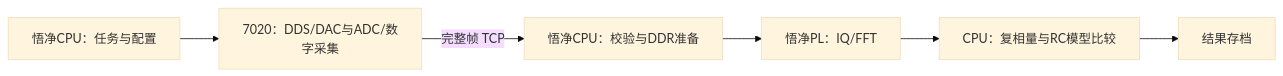
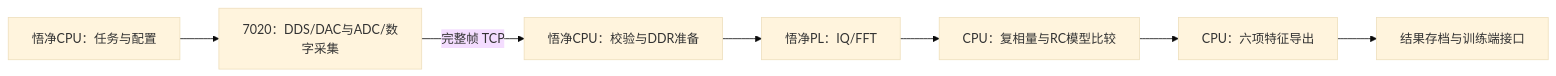
Before and after one commit to qqq164/zhixin-wenzhen: the diagram in README.md, drawn with Mermaid (base theme). The commit also changed other lines of this file and 72 other files, not shown here.

````diff
--- a/README.md
+++ b/README.md
@@ -32,8 +40,9 @@
 ```mermaid
 flowchart LR
     A[悟净CPU：任务与配置] --> B[7020：DDS/DAC与ADC/数字采集]
     B -->|完整帧 TCP| C[悟净CPU：校验与DDR准备]
     C --> D[悟净PL：IQ/FFT]
     D --> E[CPU：复相量与RC模型比较]
-    E --> F[结果存档]
+    E --> G[CPU：六项特征导出]
+    G --> F[结果存档与训练端接口]
 ```
````
